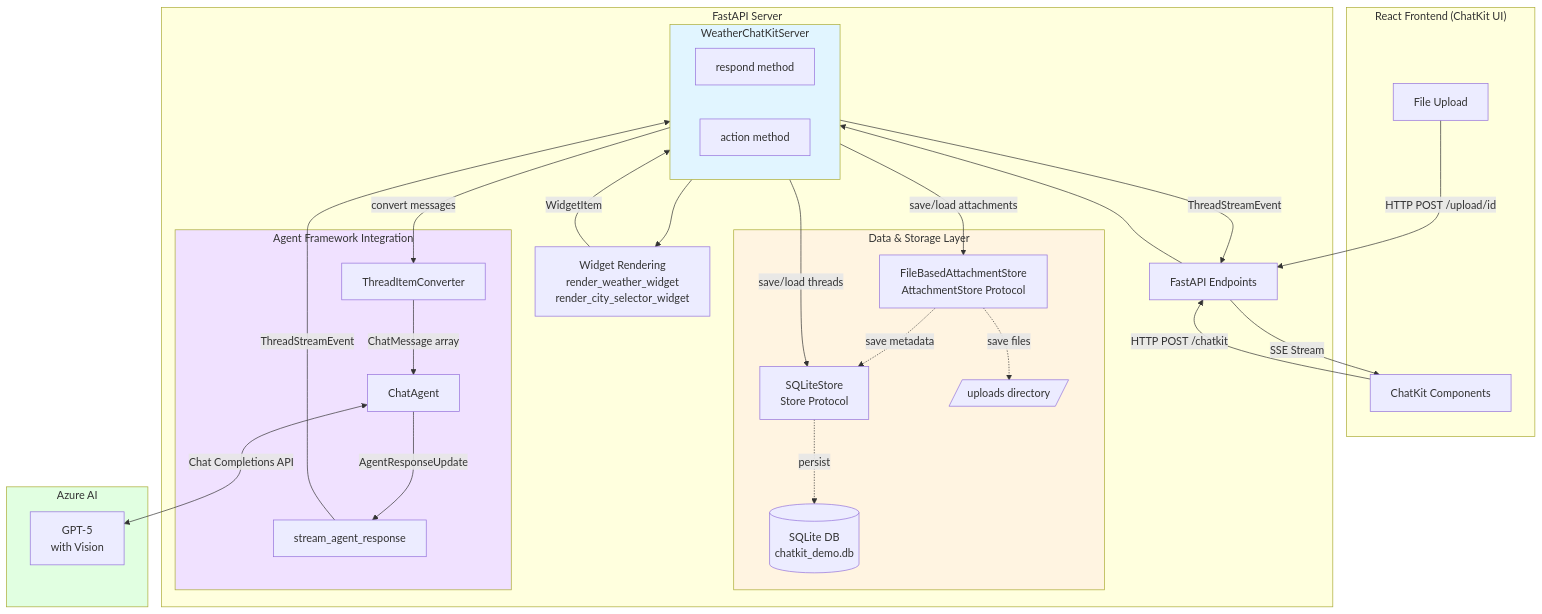
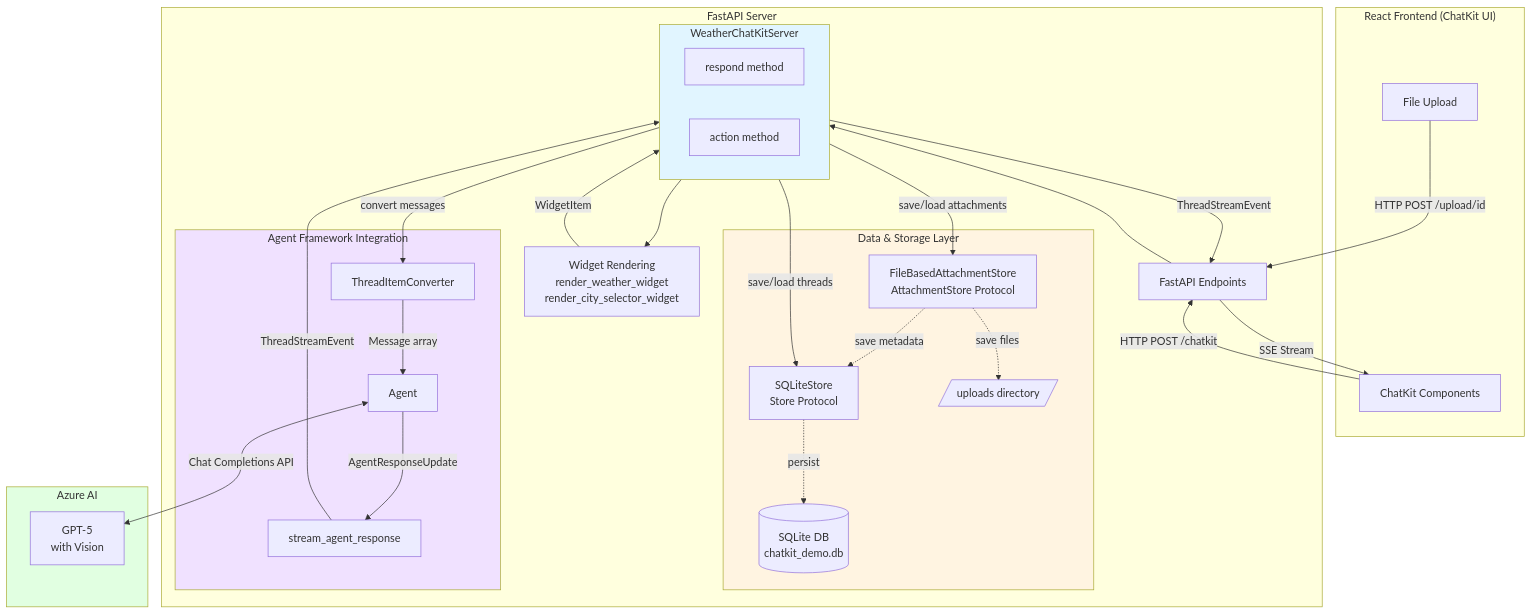
Before and after one commit to westey-m/agent-framework: the diagram in python/samples/demos/chatkit-integration/README.md, drawn with Mermaid. The commit also changed other lines of this file and 417 other files, not shown here.

First line of the commit message:
Python: [BREAKING] Simplify API: ChatAgent -> Agent, ChatMessage -> Message (#3747)

````diff
--- a/python/samples/demos/chatkit-integration/README.md
+++ b/python/samples/demos/chatkit-integration/README.md
@@ -16,65 +16,65 @@
 ```mermaid
 graph TB
     subgraph Frontend["React Frontend (ChatKit UI)"]
         UI[ChatKit Components]
         Upload[File Upload]
     end
 
     subgraph Backend["FastAPI Server"]
         FastAPI[FastAPI Endpoints]
 
         subgraph ChatKit["WeatherChatKitServer"]
             Respond[respond method]
             Action[action method]
         end
 
         subgraph Stores["Data & Storage Layer"]
             SQLite[SQLiteStore<br/>Store Protocol]
             AttStore[FileBasedAttachmentStore<br/>AttachmentStore Protocol]
             DB[(SQLite DB<br/>chatkit_demo.db)]
             Files[/uploads directory/]
         end
 
         subgraph Integration["Agent Framework Integration"]
             Converter[ThreadItemConverter]
             Streamer[stream_agent_response]
-            Agent[ChatAgent]
+            Agent[Agent]
         end
 
         Widgets[Widget Rendering<br/>render_weather_widget<br/>render_city_selector_widget]
     end
 
     subgraph Azure["Azure AI"]
         Foundry[GPT-5<br/>with Vision]
     end
 
     UI -->|HTTP POST /chatkit| FastAPI
     Upload -->|HTTP POST /upload/id| FastAPI
 
     FastAPI --> ChatKit
 
     ChatKit -->|save/load threads| SQLite
     ChatKit -->|save/load attachments| AttStore
     ChatKit -->|convert messages| Converter
 
     SQLite -.->|persist| DB
     AttStore -.->|save files| Files
     AttStore -.->|save metadata| SQLite
 
-    Converter -->|ChatMessage array| Agent
+    Converter -->|Message array| Agent
     Agent -->|AgentResponseUpdate| Streamer
     Streamer -->|ThreadStreamEvent| ChatKit
 
     ChatKit --> Widgets
     Widgets -->|WidgetItem| ChatKit
 
     Agent <-->|Chat Completions API| Foundry
 
     ChatKit -->|ThreadStreamEvent| FastAPI
     FastAPI -->|SSE Stream| UI
 
     style ChatKit fill:#e1f5ff
     style Stores fill:#fff4e1
     style Integration fill:#f0e1ff
     style Azure fill:#e1ffe1
 ```
````
